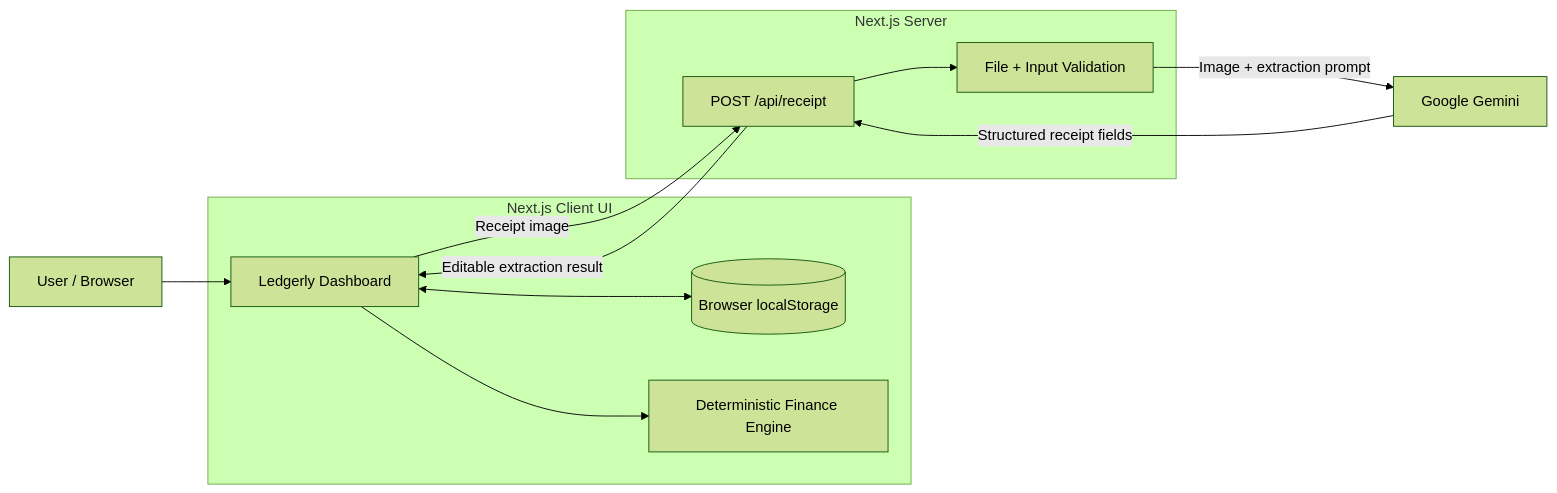
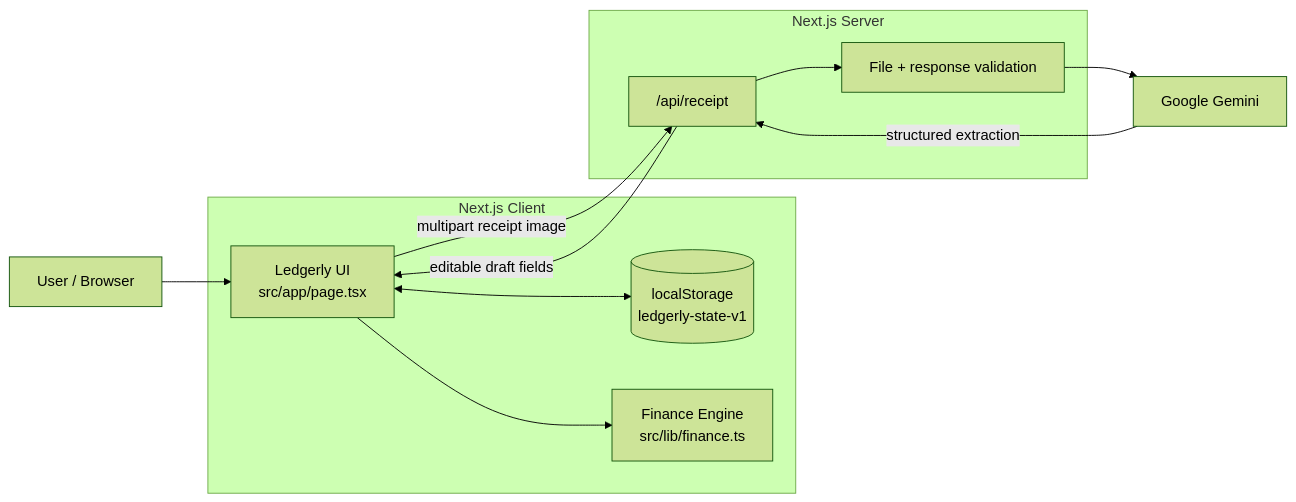
The diagram in README.md (johirul-islam-1/lsh26-t022-p12), drawn with Mermaid (forest theme) before and after one commit. The commit also changed other lines of this file and 4 other files, not shown here.

````diff
--- a/README.md
+++ b/README.md
@@ -248,26 +298,26 @@
 ```mermaid
 flowchart LR
     U[User / Browser]
 
-    subgraph Client["Next.js Client UI"]
-        UI[Ledgerly Dashboard]
-        LS[(Browser localStorage)]
-        FIN[Deterministic Finance Engine]
+    subgraph CLIENT["Next.js Client"]
+        PAGE["Ledgerly UI\nsrc/app/page.tsx"]
+        STORE[("localStorage\nledgerly-state-v1")]
+        FIN["Finance Engine\nsrc/lib/finance.ts"]
     end
 
-    subgraph Server["Next.js Server"]
-        API["POST /api/receipt"]
-        VALIDATE[File + Input Validation]
+    subgraph SERVER["Next.js Server"]
+        API["/api/receipt"]
+        VALIDATE["File + response validation"]
     end
 
-    AI["Google Gemini"]
+    GEMINI["Google Gemini"]
 
-    U --> UI
-    UI <--> LS
-    UI --> FIN
-    UI -->|Receipt image| API
+    U --> PAGE
+    PAGE <--> STORE
+    PAGE --> FIN
+    PAGE -->|"multipart receipt image"| API
     API --> VALIDATE
-    VALIDATE -->|Image + extraction prompt| AI
-    AI -->|Structured receipt fields| API
-    API -->|Editable extraction result| UI
+    VALIDATE --> GEMINI
+    GEMINI -->|"structured extraction"| API
+    API -->|"editable draft fields"| PAGE
 ```
````
